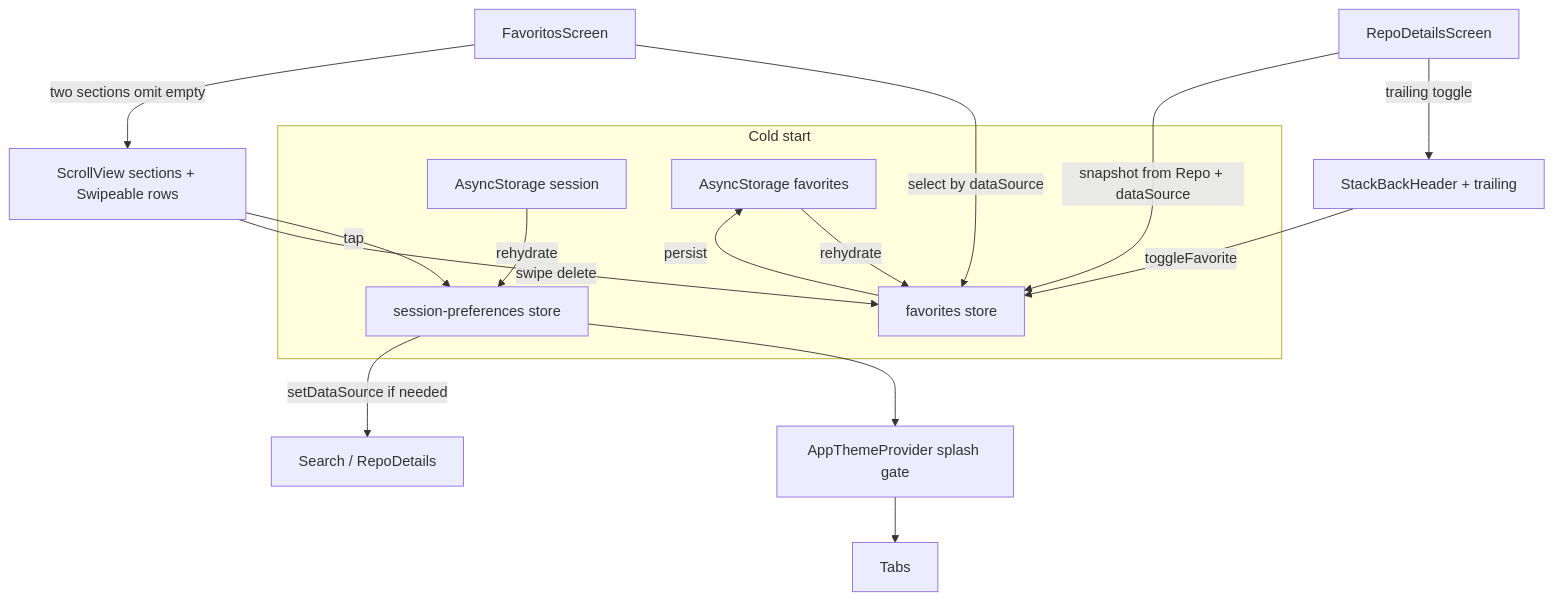
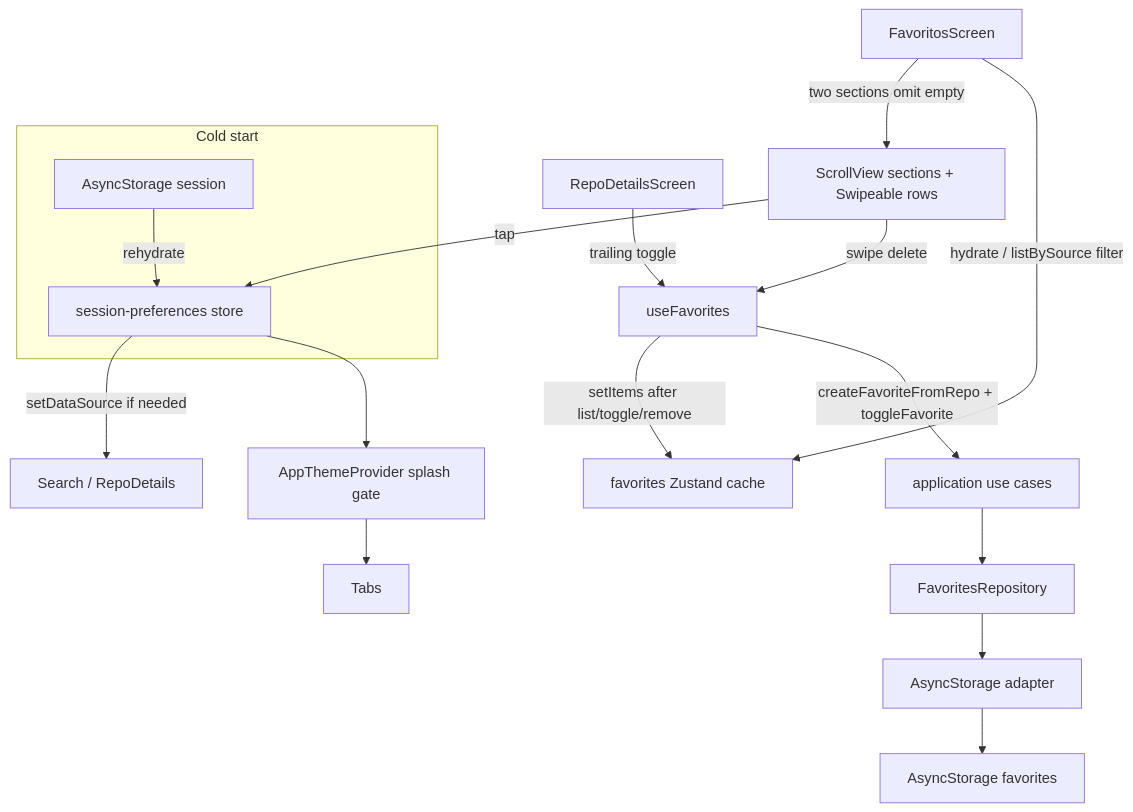
The diagram in .specs/features/favorites/design.md (MarcosSarges/search_repos), drawn with Mermaid before and after one commit. The commit also changed other lines of this file and 4 other files, not shown here.

````diff
--- a/.specs/features/favorites/design.md
+++ b/.specs/features/favorites/design.md
@@ -13,21 +13,22 @@
 ```mermaid
 flowchart TD
   subgraph boot [Cold start]
     AS1[AsyncStorage session] -->|rehydrate| Sess[session-preferences store]
-    AS2[AsyncStorage favorites] -->|rehydrate| Fav[favorites store]
   end
 
   Sess --> Gate[AppThemeProvider splash gate]
   Gate --> Nav[Tabs]
 
-  Details[RepoDetailsScreen] -->|trailing toggle| Adapter[StackBackHeader + trailing]
-  Adapter -->|toggleFavorite| Fav
-  Details -->|snapshot from Repo + dataSource| Fav
+  Details[RepoDetailsScreen] -->|trailing toggle| Hook[useFavorites]
+  Hook -->|createFavoriteFromRepo + toggleFavorite| UC[application use cases]
+  UC --> Port[FavoritesRepository]
+  Port --> Adapter[AsyncStorage adapter]
+  Adapter --> AS2[AsyncStorage favorites]
 
-  FavTab[FavoritosScreen] -->|select by dataSource| Fav
+  FavTab[FavoritosScreen] -->|hydrate / listBySource filter| Cache[favorites Zustand cache]
+  Hook -->|setItems after list/toggle/remove| Cache
   FavTab -->|two sections omit empty| UI[ScrollView sections + Swipeable rows]
   UI -->|tap| Sess
   Sess -->|setDataSource if needed| SearchNav[Search / RepoDetails]
-  UI -->|swipe delete| Fav
-  Fav -->|persist| AS2
+  UI -->|swipe delete| Hook
 ```
````
